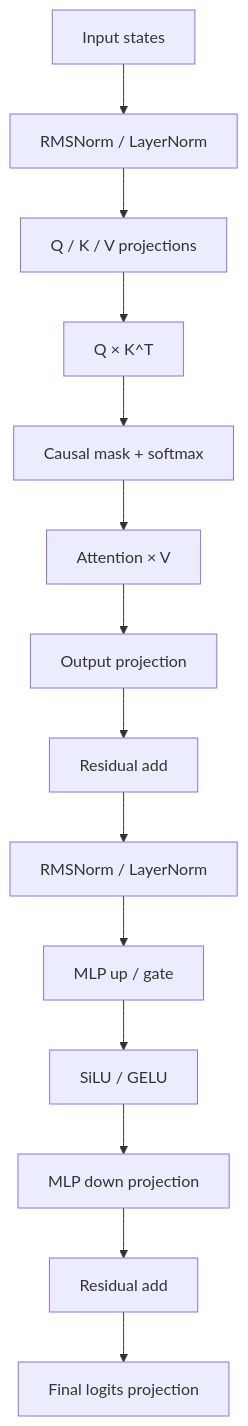
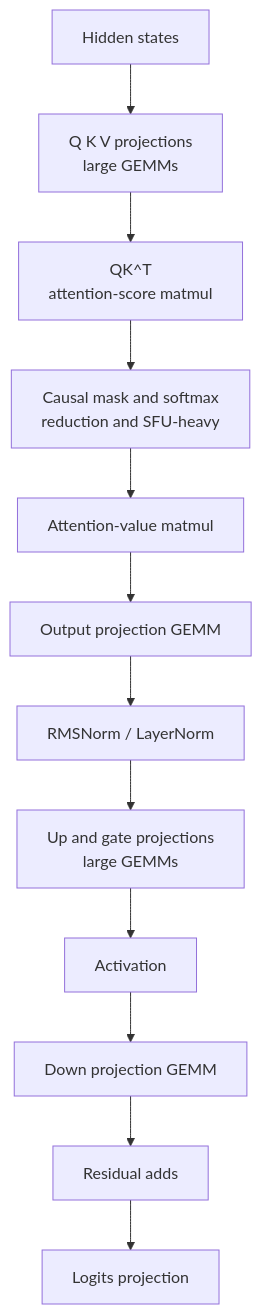
Before and after one commit to nawab-ali/mlsys-prep: the fifth of 5 diagrams in nvidia/02_gpu_execution_model.md, drawn with Mermaid. The commit also changed other lines of this file, not shown here.

````diff
--- a/nvidia/02_gpu_execution_model.md
+++ b/nvidia/02_gpu_execution_model.md
@@ -451,16 +762,17 @@
 ```mermaid
-flowchart TD
-    X[Input states] --> N1[RMSNorm / LayerNorm]
-    N1 --> QKV[Q / K / V projections]
-    QKV --> Score[Q × K^T]
-    Score --> Mask[Causal mask + softmax]
-    Mask --> AV[Attention × V]
-    AV --> OP[Output projection]
-    OP --> R1[Residual add]
-    R1 --> N2[RMSNorm / LayerNorm]
-    N2 --> UG[MLP up / gate]
-    UG --> Act[SiLU / GELU]
-    Act --> DP[MLP down projection]
-    DP --> R2[Residual add]
-    R2 --> Logits[Final logits projection]
+flowchart TB
+    X[Hidden states]
+    QKV[Q K V projections<br/>large GEMMs]
+    Scores[QK^T<br/>attention-score matmul]
+    Softmax[Causal mask and softmax<br/>reduction and SFU-heavy]
+    AV[Attention-value matmul]
+    O[Output projection GEMM]
+    Norm1[RMSNorm / LayerNorm]
+    MLP1[Up and gate projections<br/>large GEMMs]
+    Act[Activation]
+    MLP2[Down projection GEMM]
+    Res[Residual adds]
+    Logits[Logits projection]
+
+    X --> QKV --> Scores --> Softmax --> AV --> O --> Norm1 --> MLP1 --> Act --> MLP2 --> Res --> Logits
 ```
````
